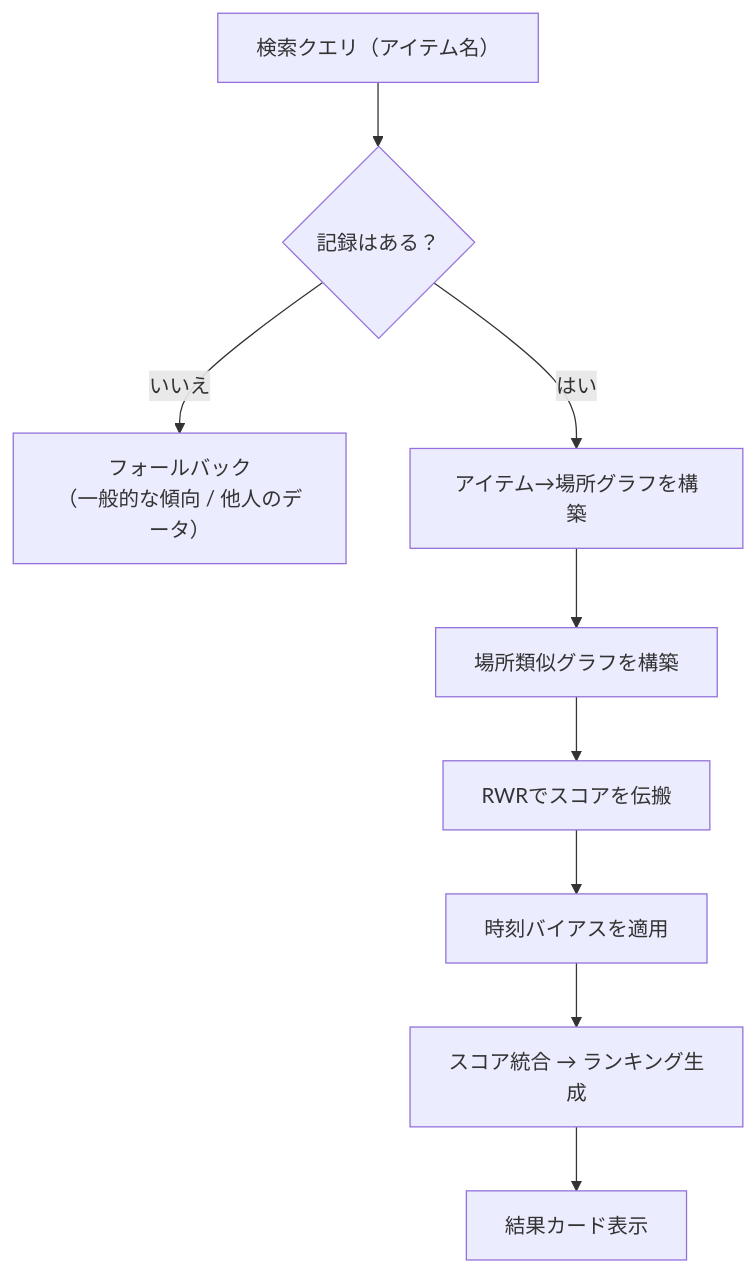
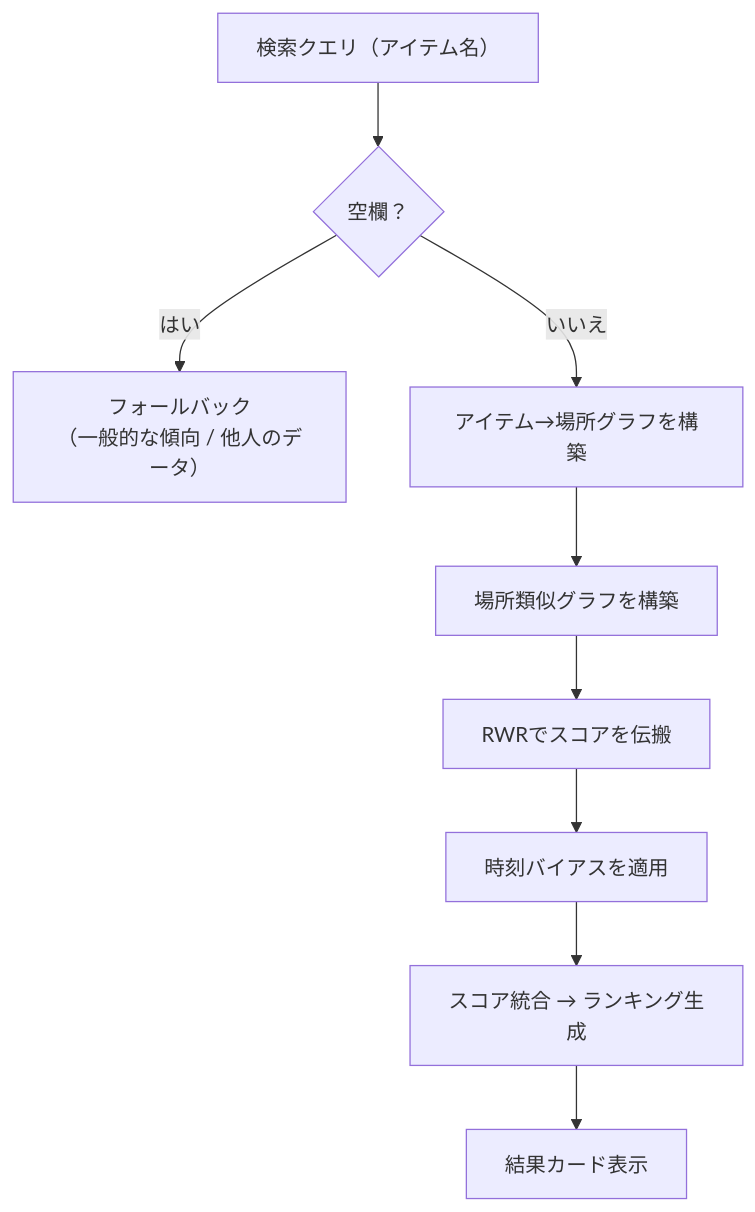
The diagram in docs/predict-logic.md (shin488/lost-items), drawn with Mermaid before and after one commit. The commit also changed other lines of this file, not shown here.

````diff
--- a/docs/predict-logic.md
+++ b/docs/predict-logic.md
@@ -12,11 +12,11 @@
 ```mermaid
 flowchart TD
-    Q["検索クエリ（アイテム名）"] --> E{"記録はある？"}
-    E -->|いいえ| F["フォールバック<br/>（一般的な傾向 / 他人のデータ）"]
-    E -->|はい| B["アイテム→場所グラフを構築"]
+    Q["検索クエリ（アイテム名）"] --> E{"空欄？"}
+    E -->|はい| F["フォールバック<br/>（一般的な傾向 / 他人のデータ）"]
+    E -->|いいえ| B["アイテム→場所グラフを構築"]
     B --> S["場所類似グラフを構築"]
     S --> R["RWRでスコアを伝搬"]
     R --> T["時刻バイアスを適用"]
     T --> K["スコア統合 → ランキング生成"]
     K --> D["結果カード表示"]
 ```
````
